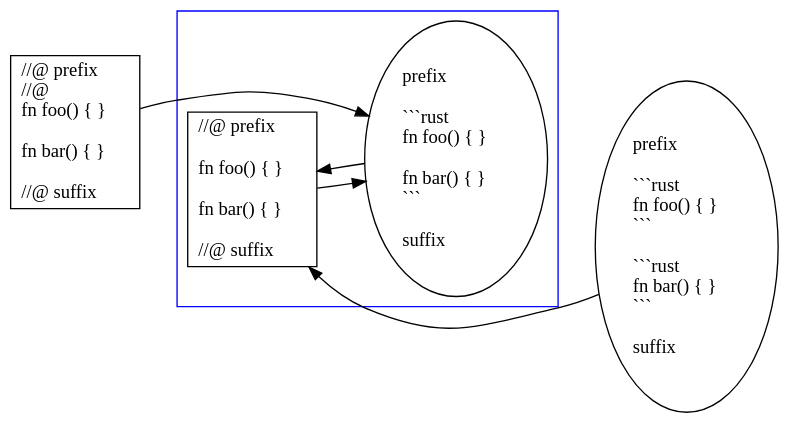
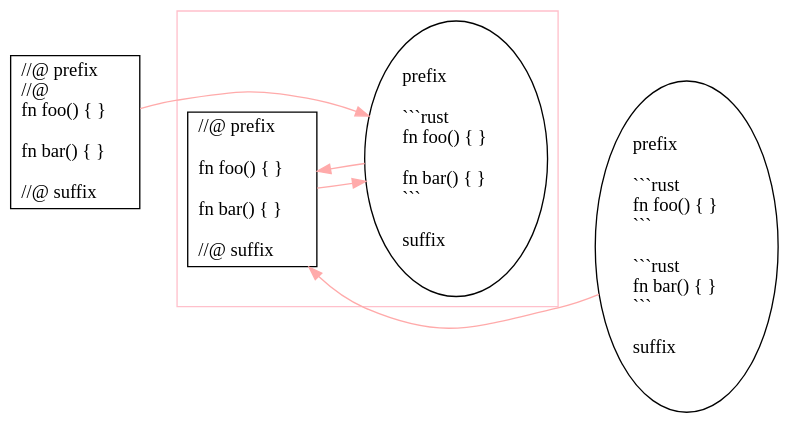
The sixth of 6 diagrams in src/slides.md (pnkfelix/tango-demo), drawn with Graphviz before and after one commit. The commit also changed other lines of this file, not shown here.

````diff
--- a/src/slides.md
+++ b/src/slides.md
@@ -219,22 +279,23 @@
 ```dot
 digraph bijective_submapping {
+    edge[color="#FFAAAA",fontcolor="#FFAAAA"];
     rankdir="LR";
     bgcolor="transparent";
     node [style="filled",fillcolor="#FFFFFF"];
 
     a_noncanon_rs [shape="rect",label="//@ prefix\l//@\lfn foo() { }\l\lfn bar() { }\l\l//@ suffix\l"]
     subgraph cluster_0 {
         a_canon_rs [shape="rect",label="//@ prefix\l\lfn foo() { }\l\lfn bar() { }\l\l//@ suffix\l"]
         a_canon_md [label="prefix\l\l```rust\lfn foo() { }\l\lfn bar() { }\l```\l\lsuffix\l"]
-        color=blue;
+        color=pink;
     }
     a_noncanon_rs -> a_canon_rs [style="invis"];
     a_noncanon_md [label="prefix\l\l```rust\lfn foo() { }\l```\l\l```rust\lfn bar() { }\l```\l\lsuffix\l"]
     a_canon_md -> a_noncanon_md [dir="back",style="invis"];
     edge [fontname="Monospace",fontsize="10"]
     a_noncanon_rs -> a_canon_md;
     a_noncanon_md -> a_canon_rs;
     a_canon_rs -> a_canon_md;
     a_canon_md -> a_canon_rs;
 }
 ```
````
